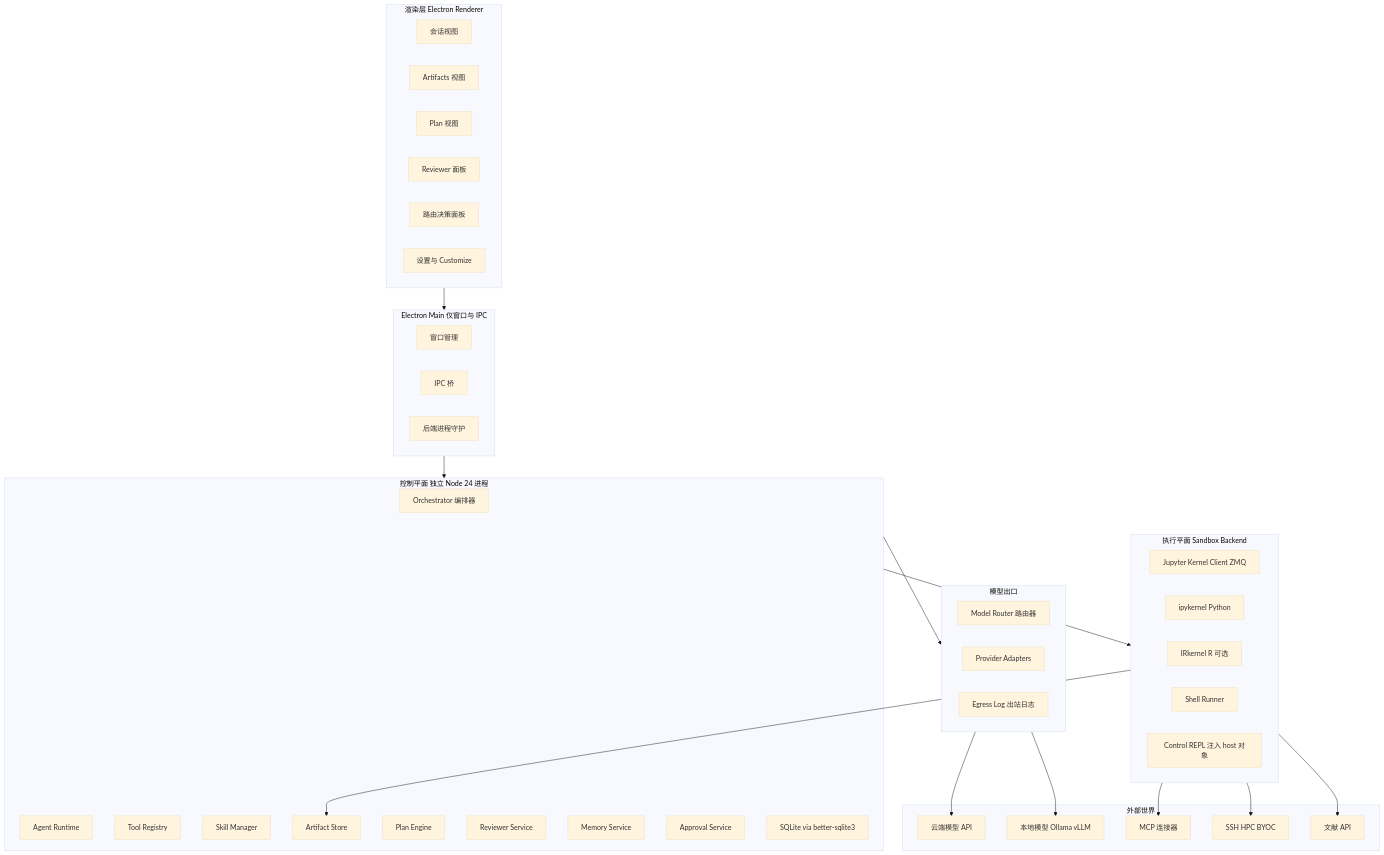
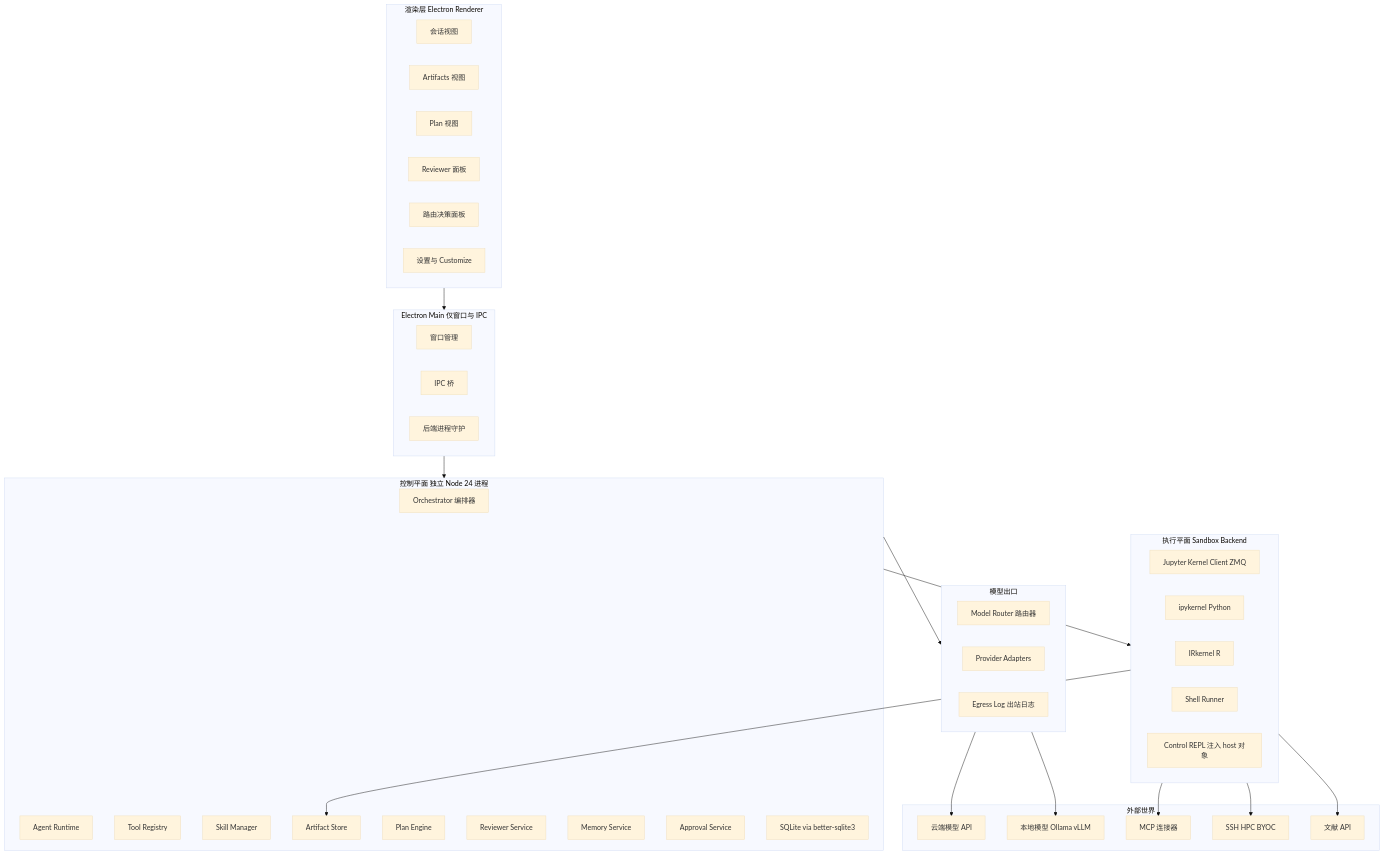
The diagram in .kiro/specs/l-science-platform/design.md (LiangyuLu-lly/L-science), drawn with Mermaid (base theme) before and after one commit. The commit also changed other lines of this file and 4 other files, not shown here.

````diff
--- a/.kiro/specs/l-science-platform/design.md
+++ b/.kiro/specs/l-science-platform/design.md
@@ -51,58 +51,58 @@
 ```mermaid
 flowchart TB
     subgraph UI["渲染层 Electron Renderer"]
         A1["会话视图"]
         A2["Artifacts 视图"]
         A3["Plan 视图"]
         A4["Reviewer 面板"]
         A5["路由决策面板"]
         A6["设置与 Customize"]
     end
     subgraph MAIN["Electron Main 仅窗口与 IPC"]
         M1["窗口管理"]
         M2["IPC 桥"]
         M3["后端进程守护"]
     end
     subgraph CORE["控制平面 独立 Node 24 进程"]
         C1["Orchestrator 编排器"]
         C2["Agent Runtime"]
         C3["Tool Registry"]
         C4["Skill Manager"]
         C5["Artifact Store"]
         C6["Plan Engine"]
         C7["Reviewer Service"]
         C8["Memory Service"]
         C9["Approval Service"]
         C10["SQLite via better-sqlite3"]
     end
     subgraph GW["模型出口"]
         G1["Model Router 路由器"]
         G2["Provider Adapters"]
         G3["Egress Log 出站日志"]
     end
     subgraph EX["执行平面 Sandbox Backend"]
         E1["Jupyter Kernel Client ZMQ"]
         E2["ipykernel Python"]
-        E3["IRkernel R 可选"]
+        E3["IRkernel R"]
         E4["Shell Runner"]
         E5["Control REPL 注入 host 对象"]
     end
     subgraph OUT["外部世界"]
         O1["云端模型 API"]
         O2["本地模型 Ollama vLLM"]
         O3["MCP 连接器"]
         O4["SSH HPC BYOC"]
         O5["文献 API"]
     end
 
     UI --> MAIN
     MAIN --> CORE
     CORE --> GW
     CORE --> EX
     GW --> O1
     GW --> O2
     EX --> O3
     EX --> O4
     EX --> O5
     EX --> C5
 ```
````
